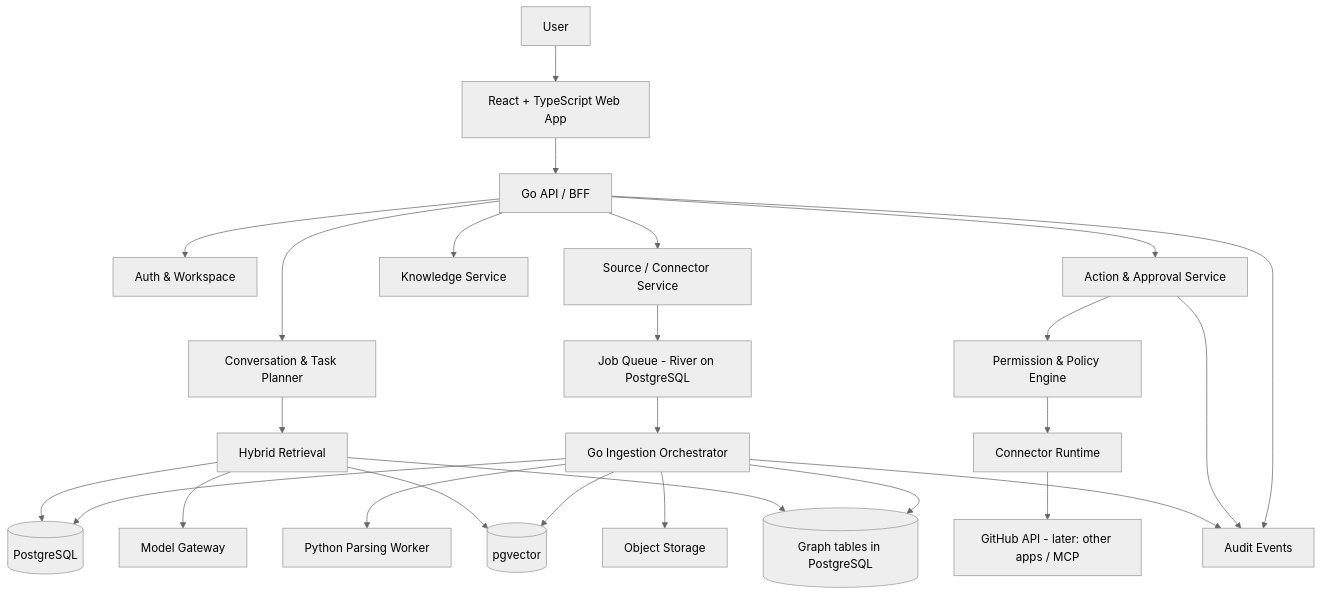
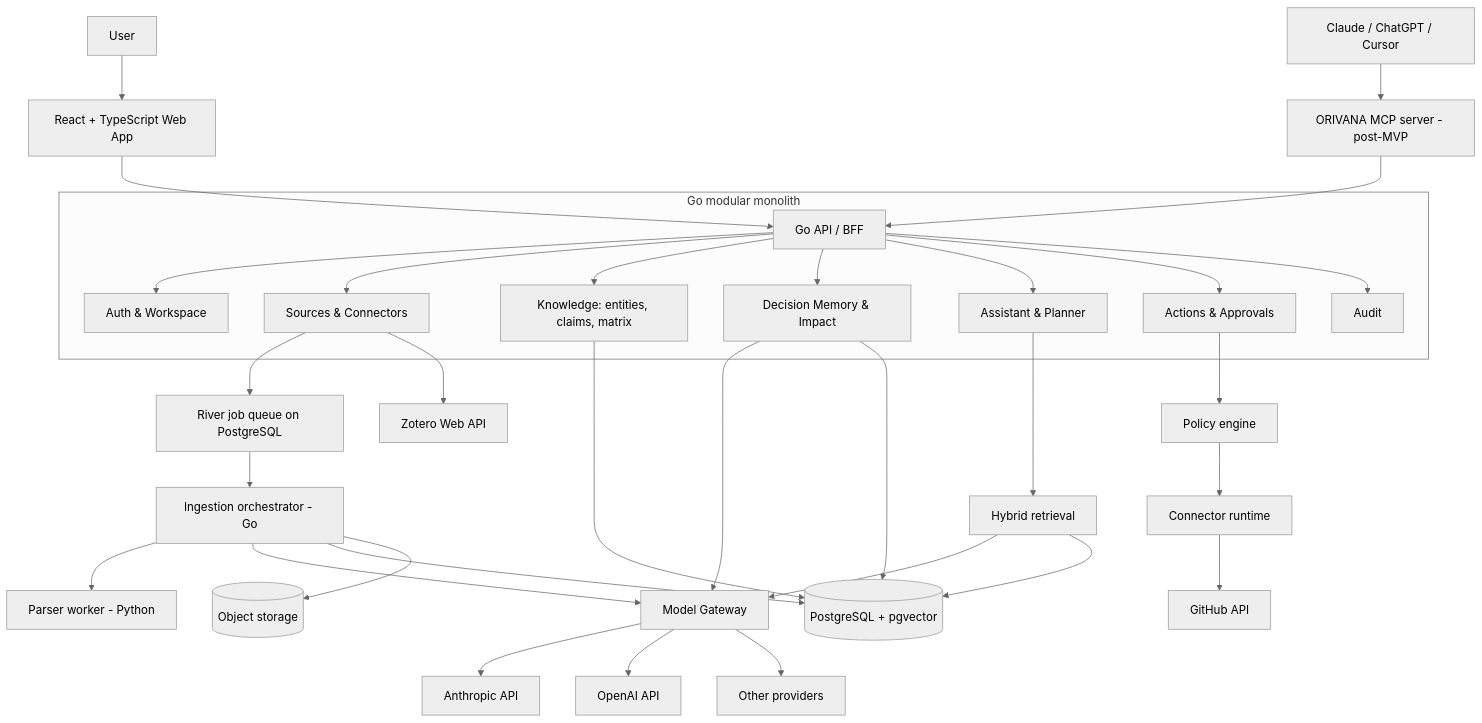
Before and after one commit to JosuaIF23/ORIVANA: the first of 2 diagrams in docs/PRD.md, drawn with Mermaid (neutral theme). The commit also changed other lines of this file and 2 other files, not shown here.

````diff
--- a/docs/PRD.md
+++ b/docs/PRD.md
@@ -341,32 +539,39 @@
 ```mermaid
 flowchart TB
     U[User] --> FE[React + TypeScript Web App]
     FE --> API[Go API / BFF]
-    API --> AUTH[Auth & Workspace]
-    API --> CHAT[Conversation & Task Planner]
-    API --> SRC[Source / Connector Service]
-    API --> KNOW[Knowledge Service]
-    API --> ACT[Action & Approval Service]
 
-    SRC --> Q[Job Queue - River on PostgreSQL]
-    Q --> ING[Go Ingestion Orchestrator]
-    ING --> PARSE[Python Parsing Worker]
-    ING --> OBJ[Object Storage]
-    ING --> PG[(PostgreSQL)]
-    ING --> VEC[(pgvector)]
-    ING --> GRAPH[(Graph tables in PostgreSQL)]
+    subgraph Core[Go modular monolith]
+      API --> AUTH[Auth & Workspace]
+      API --> SRC[Sources & Connectors]
+      API --> KNOW[Knowledge: entities, claims, matrix]
+      API --> MEM[Decision Memory & Impact]
+      API --> CHAT[Assistant & Planner]
+      API --> ACT[Actions & Approvals]
+      API --> AUD[Audit]
+    end
 
-    CHAT --> RET[Hybrid Retrieval]
+    SRC --> Q[River job queue on PostgreSQL]
+    Q --> ING[Ingestion orchestrator - Go]
+    ING --> PARSE[Parser worker - Python]
+    ING --> GW[Model Gateway]
+    CHAT --> RET[Hybrid retrieval]
+    RET --> GW
+    MEM --> GW
+
+    GW --> P1[Anthropic API]
+    GW --> P2[OpenAI API]
+    GW --> P3[Other providers]
+
+    ING --> PG[(PostgreSQL + pgvector)]
     RET --> PG
-    RET --> VEC
-    RET --> GRAPH
-    RET --> LLM[Model Gateway]
+    KNOW --> PG
+    MEM --> PG
+    ING --> OBJ[(Object storage)]
 
-    ACT --> POLICY[Permission & Policy Engine]
-    POLICY --> CONN[Connector Runtime]
-    CONN --> EXT[GitHub API - later: other apps / MCP]
+    SRC --> ZOT[Zotero Web API]
+    ACT --> POL[Policy engine] --> CONN[Connector runtime] --> GH[GitHub API]
 
-    API --> AUDIT[Audit Events]
-    ACT --> AUDIT
-    ING --> AUDIT
+    MCP[ORIVANA MCP server - post-MVP] --> API
+    CL[Claude / ChatGPT / Cursor] --> MCP
 ```
````
